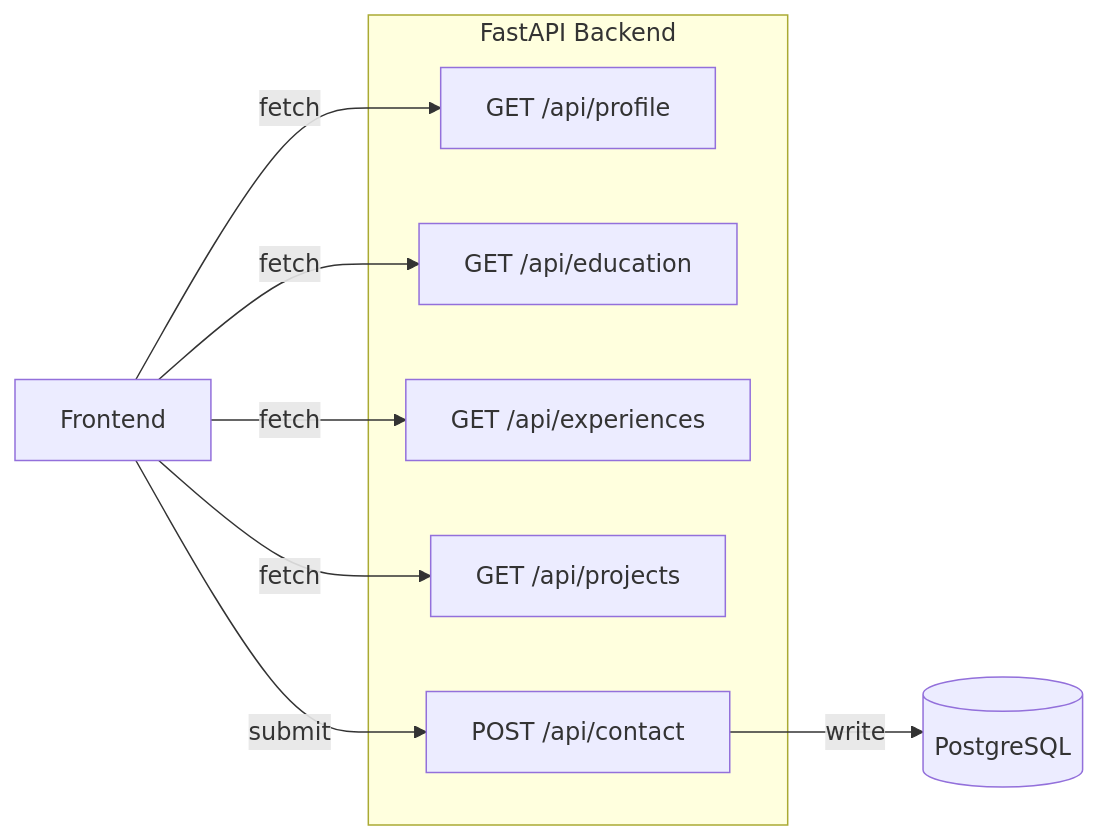
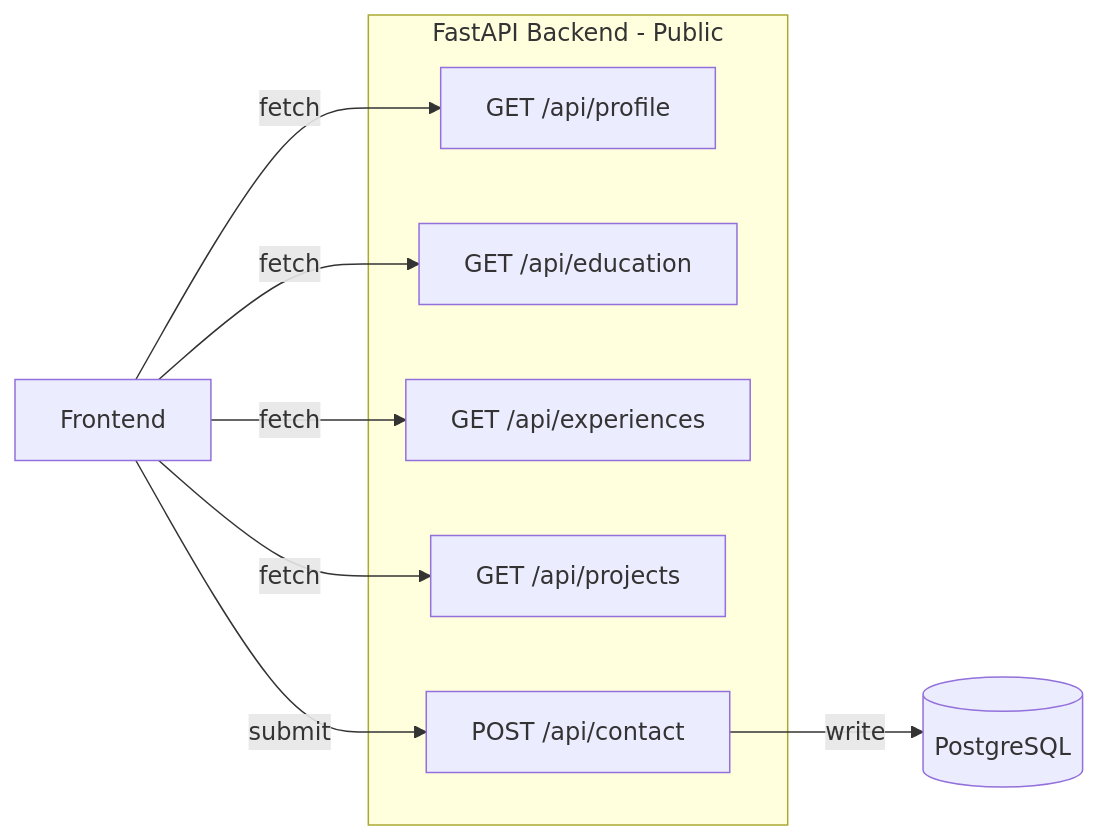
Before and after one commit to mdalahimondol656-wq/MD-ALAHI-MONDOL: the fourth of 7 diagrams in README.md, drawn with Mermaid. The commit also changed other lines of this file, not shown here.

Commit message:
docs: update README with admin dashboard access, deployment instructions, and API reference

````diff
--- a/README.md
+++ b/README.md
@@ -246,21 +249,21 @@
 ```mermaid
 graph LR
     Client[Frontend]
-    
-    subgraph API["FastAPI Backend"]
+
+    subgraph API["FastAPI Backend - Public"]
         P1[GET /api/profile]
         P2[GET /api/education]
         P3[GET /api/experiences]
         P4[GET /api/projects]
         P5[POST /api/contact]
     end
-    
+
     DB[(PostgreSQL)]
 
     Client -->|fetch| P1
     Client -->|fetch| P2
     Client -->|fetch| P3
     Client -->|fetch| P4
     Client -->|submit| P5
     P5 -->|write| DB
 ```
````
